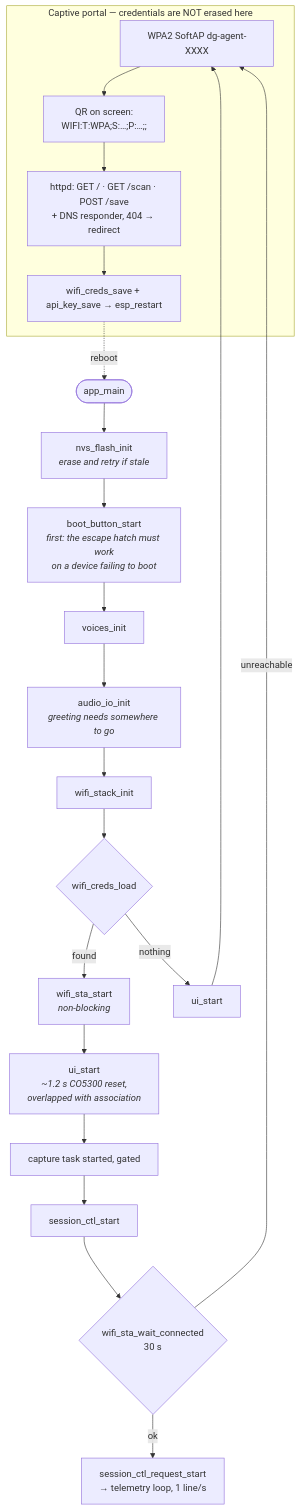
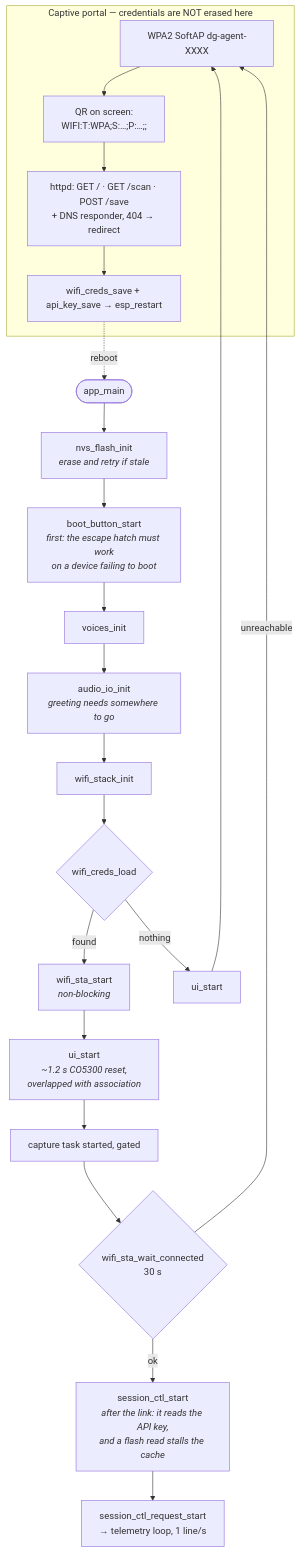
The fifth of 8 diagrams in ARCHITECTURE.md (dg-edcharbeneau/esp32-deepgram-voice-agent), drawn with Mermaid before and after one commit. The commit also changed other lines of this file, not shown here.

First line of the commit message:
The boot chart stopped at got ip, and it had the old order in it

````diff
--- a/ARCHITECTURE.md
+++ b/ARCHITECTURE.md
@@ -273,24 +273,25 @@
 ```mermaid
 flowchart TB
     subgraph portal["Captive portal — credentials are NOT erased here"]
         ap["WPA2 SoftAP dg-agent-XXXX"] --> qr["QR on screen:<br/>WIFI:T:WPA;S:…;P:…;;"]
         qr --> srv["httpd: GET / · GET /scan · POST /save<br/>+ DNS responder, 404 → redirect"]
         srv --> save["wifi_creds_save + api_key_save → esp_restart"]
     end
 
     boot0([app_main]) --> nvs["nvs_flash_init<br/><i>erase and retry if stale</i>"]
     nvs --> btn["boot_button_start<br/><i>first: the escape hatch must work<br/>on a device failing to boot</i>"]
     btn --> vi[voices_init] --> ai["audio_io_init<br/><i>greeting needs somewhere to go</i>"]
     ai --> wsi[wifi_stack_init] --> load{"wifi_creds_load"}
 
     load -->|"found"| assoc["wifi_sta_start<br/><i>non-blocking</i>"]
     load -->|"nothing"| uistart2["ui_start"]
     assoc --> uistart["ui_start<br/><i>~1.2 s CO5300 reset,<br/>overlapped with association</i>"]
 
     uistart2 --> ap
-    uistart --> capstart["capture task started, gated"] --> ctl[session_ctl_start] --> wait{"wifi_sta_wait_connected<br/>30 s"}
-    wait -->|"ok"| run["session_ctl_request_start<br/>→ telemetry loop, 1 line/s"]
+    uistart --> capstart["capture task started, gated"] --> wait{"wifi_sta_wait_connected<br/>30 s"}
+    wait -->|"ok"| ctl["session_ctl_start<br/><i>after the link: it reads the API key,<br/>and a flash read stalls the cache</i>"]
+    ctl --> run["session_ctl_request_start<br/>→ telemetry loop, 1 line/s"]
     wait -->|"unreachable"| ap
 
     save -.->|"reboot"| boot0
 ```
````
